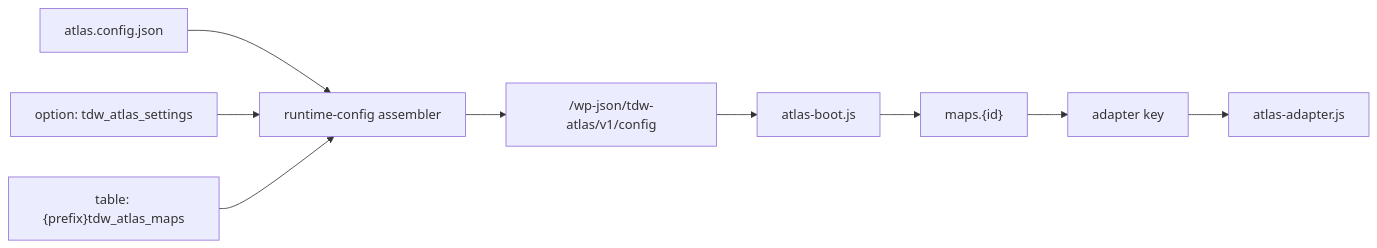
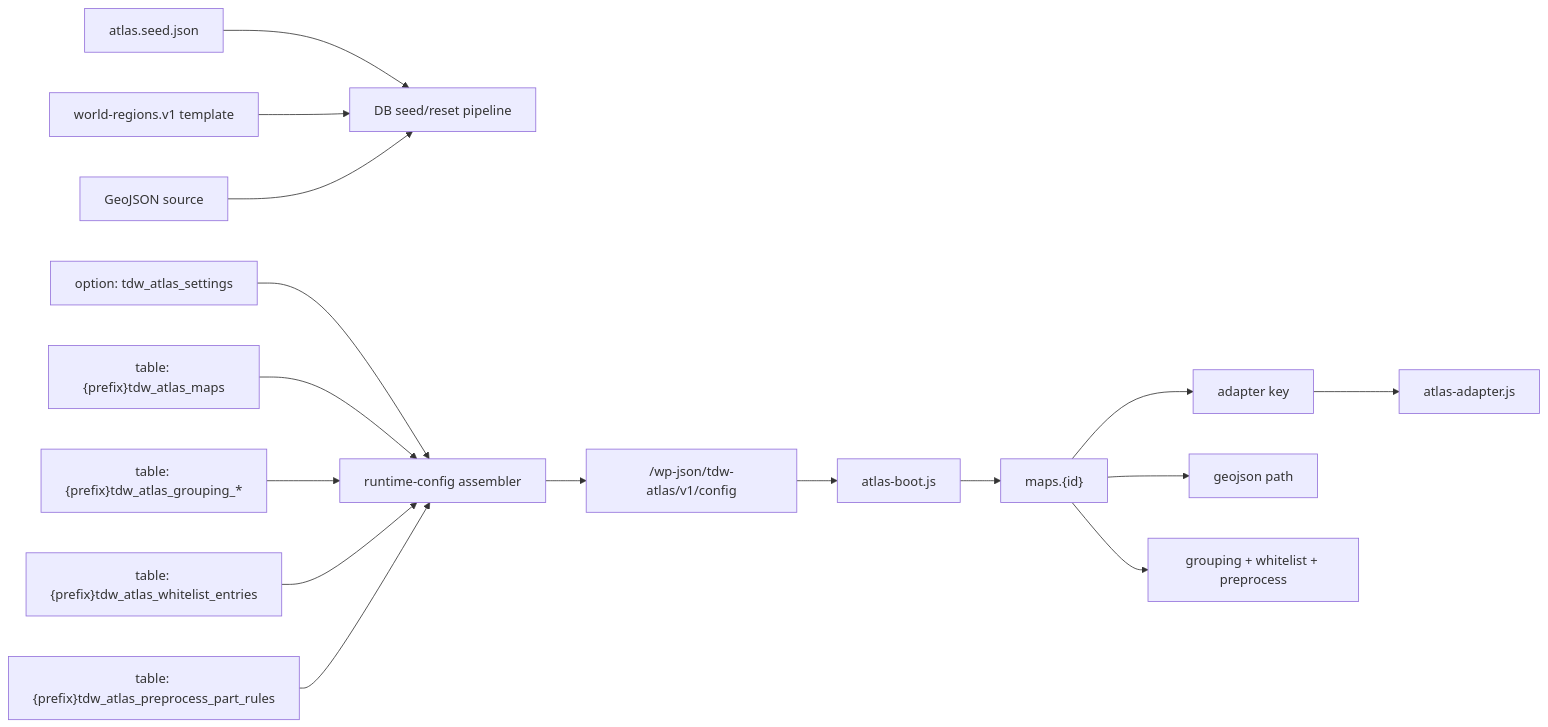
The diagram in docs/diagrams/config-dataflow.md (Exc3pti0n123/tdw-atlas-engine), drawn with Mermaid before and after one commit. The commit also changed 55 other files, not shown here.

First line of the commit message:
feat(atlas): release v0.2.0-alpha with DB-first runtime, pipeline preprocessing, and hybrid interaction flow

````diff
--- a/docs/diagrams/config-dataflow.md
+++ b/docs/diagrams/config-dataflow.md
@@ -3,11 +3,18 @@
 ```mermaid
 flowchart LR
-  JSON["atlas.config.json"] --> RC["runtime-config assembler"]
-  O1["option: tdw_atlas_settings"] --> RC
+  JSON["atlas.seed.json"] --> SEED["DB seed/reset pipeline"]
+  TPL["world-regions.v1 template"] --> SEED
+  GEO["GeoJSON source"] --> SEED
+  O1["option: tdw_atlas_settings"] --> RC["runtime-config assembler"]
   T1["table: {prefix}tdw_atlas_maps"] --> RC
+  T2["table: {prefix}tdw_atlas_grouping_*"] --> RC
+  T3["table: {prefix}tdw_atlas_whitelist_entries"] --> RC
+  T4["table: {prefix}tdw_atlas_preprocess_part_rules"] --> RC
   RC --> REST["/wp-json/tdw-atlas/v1/config"]
   REST --> BOOT["atlas-boot.js"]
   BOOT --> MAP["maps.{id}"]
   MAP --> ADPKEY["adapter key"]
+  MAP --> GEO2["geojson path"]
+  MAP --> META["grouping + whitelist + preprocess"]
   ADPKEY --> AF["atlas-adapter.js"]
 ```
````
